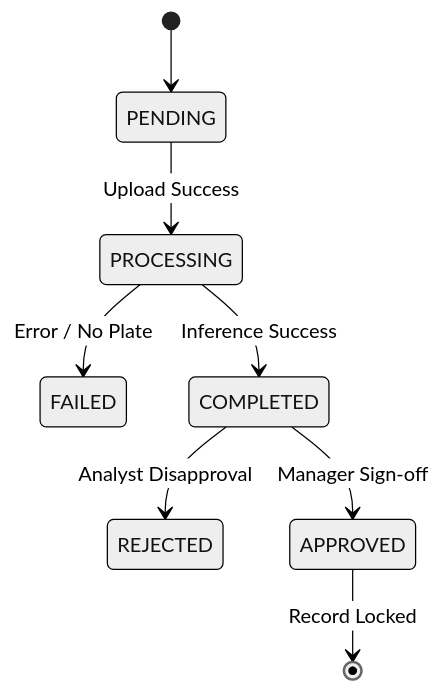
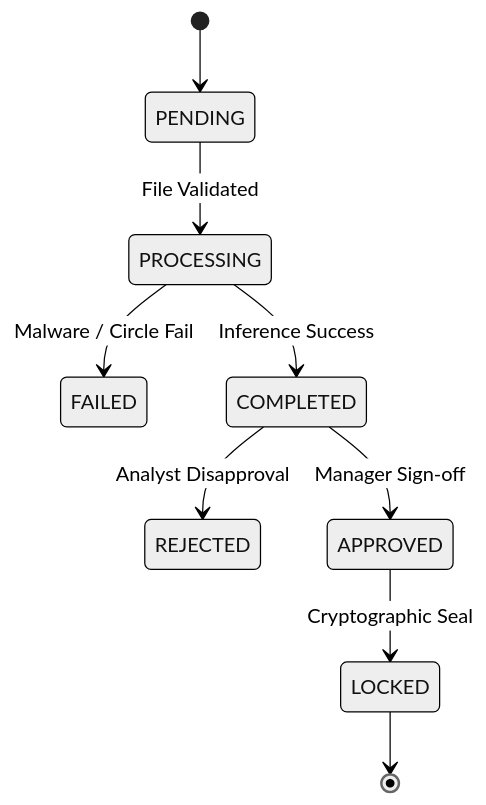
Before and after one commit to wi5nuu/colonyai: the sixth of 6 diagrams in project-management/08-uml-architecture.md, drawn with Mermaid (neutral theme). The commit also changed other lines of this file and 70 other files, not shown here.

````diff
--- a/project-management/08-uml-architecture.md
+++ b/project-management/08-uml-architecture.md
@@ -208,10 +180,11 @@
 ```mermaid
 stateDiagram-v2
     [*] --> PENDING
-    PENDING --> PROCESSING : Upload Success
-    PROCESSING --> FAILED : Error / No Plate
+    PENDING --> PROCESSING : File Validated
+    PROCESSING --> FAILED : Malware / Circle Fail
     PROCESSING --> COMPLETED : Inference Success
     COMPLETED --> REJECTED : Analyst Disapproval
     COMPLETED --> APPROVED : Manager Sign-off
-    APPROVED --> [*] : Record Locked
+    APPROVED --> LOCKED : Cryptographic Seal
+    LOCKED --> [*]
 ```
````
